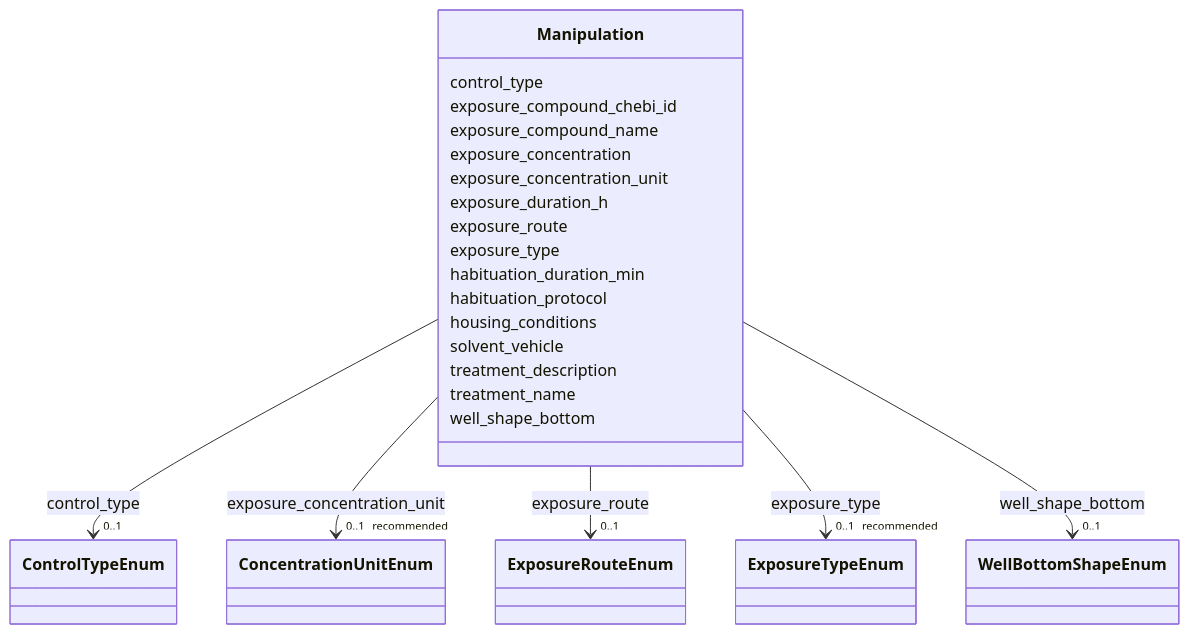
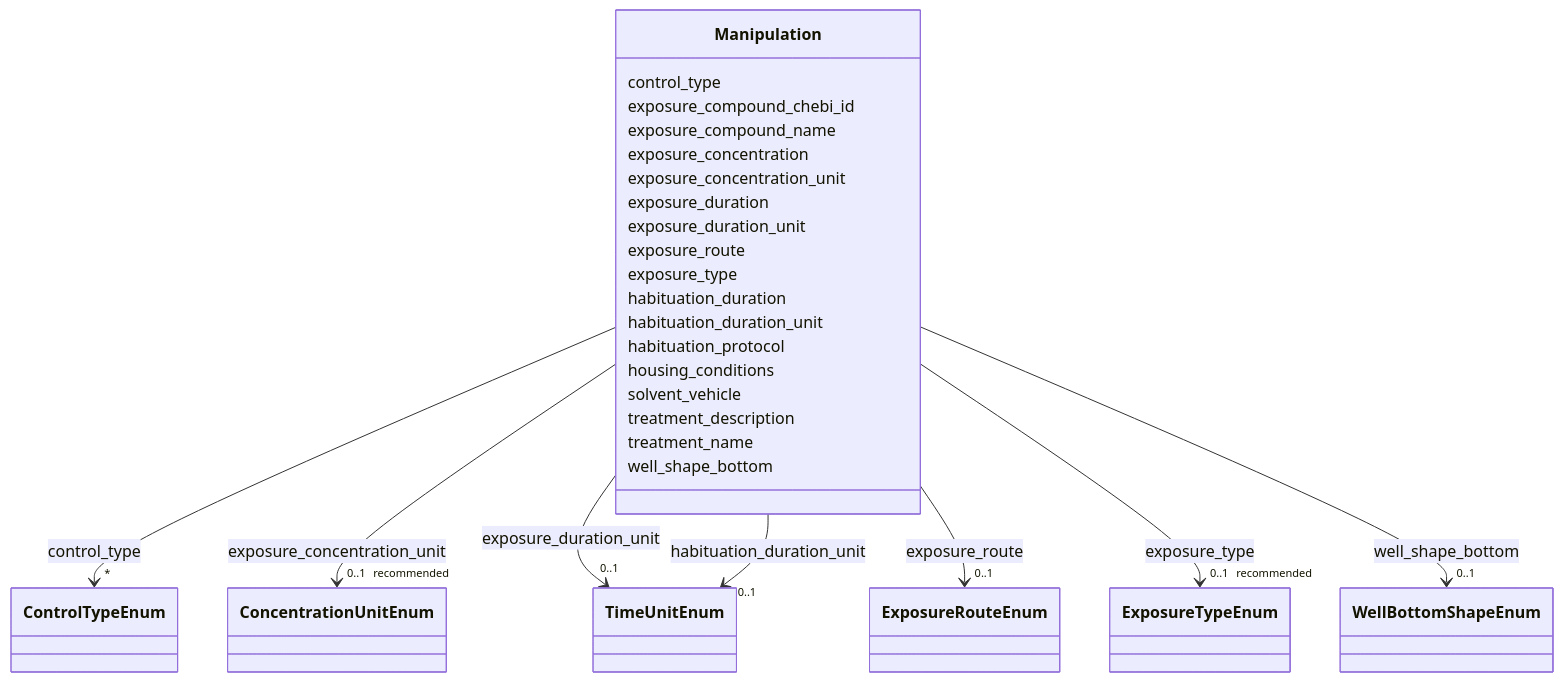
Before and after one commit to Helmholtz-UFZ/BeStMeta: the diagram in docs/Manipulation.md, drawn with Mermaid. The commit also changed other lines of this file and 44 other files, not shown here.

Commit message:
editing the schema based on issue #9

```diff
--- a/docs/Manipulation.md
+++ b/docs/Manipulation.md
@@ -30,7 +30,7 @@
     
         
         
-        Manipulation --> "0..1" ControlTypeEnum : control_type
+        Manipulation --> "*" ControlTypeEnum : control_type
         click ControlTypeEnum href "../ControlTypeEnum/"
     
 
@@ -52,7 +52,18 @@
     
 
         
-      Manipulation : exposure_duration_h
+      Manipulation : exposure_duration
+        
+      Manipulation : exposure_duration_unit
+        
+          
+    
+        
+        
+        Manipulation --> "0..1" TimeUnitEnum : exposure_duration_unit
+        click TimeUnitEnum href "../TimeUnitEnum/"
+    
+
         
       Manipulation : exposure_route
         
@@ -76,7 +87,18 @@
     
 
         
-      Manipulation : habituation_duration_min
+      Manipulation : habituation_duration
+        
+      Manipulation : habituation_duration_unit
+        
+          
+    
+        
+        
+        Manipulation --> "0..1" TimeUnitEnum : habituation_duration_unit
+        click TimeUnitEnum href "../TimeUnitEnum/"
+    
+
         
       Manipulation : habituation_protocol
         
```
